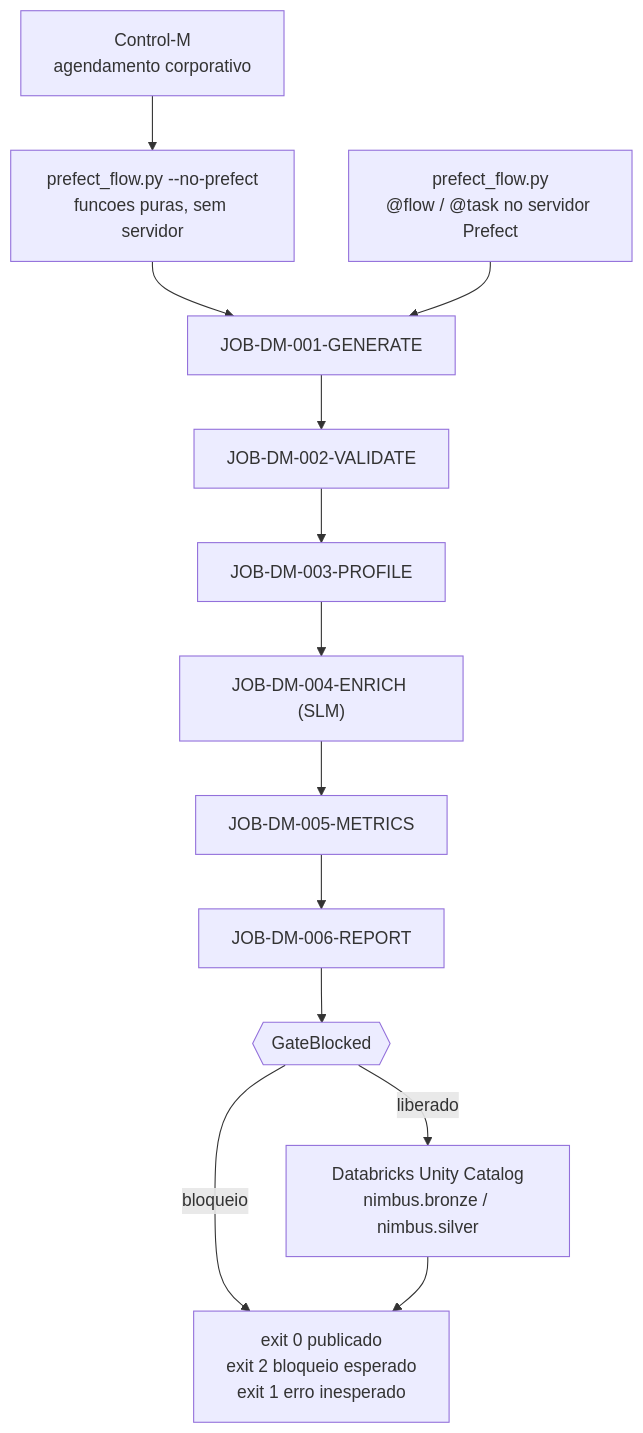
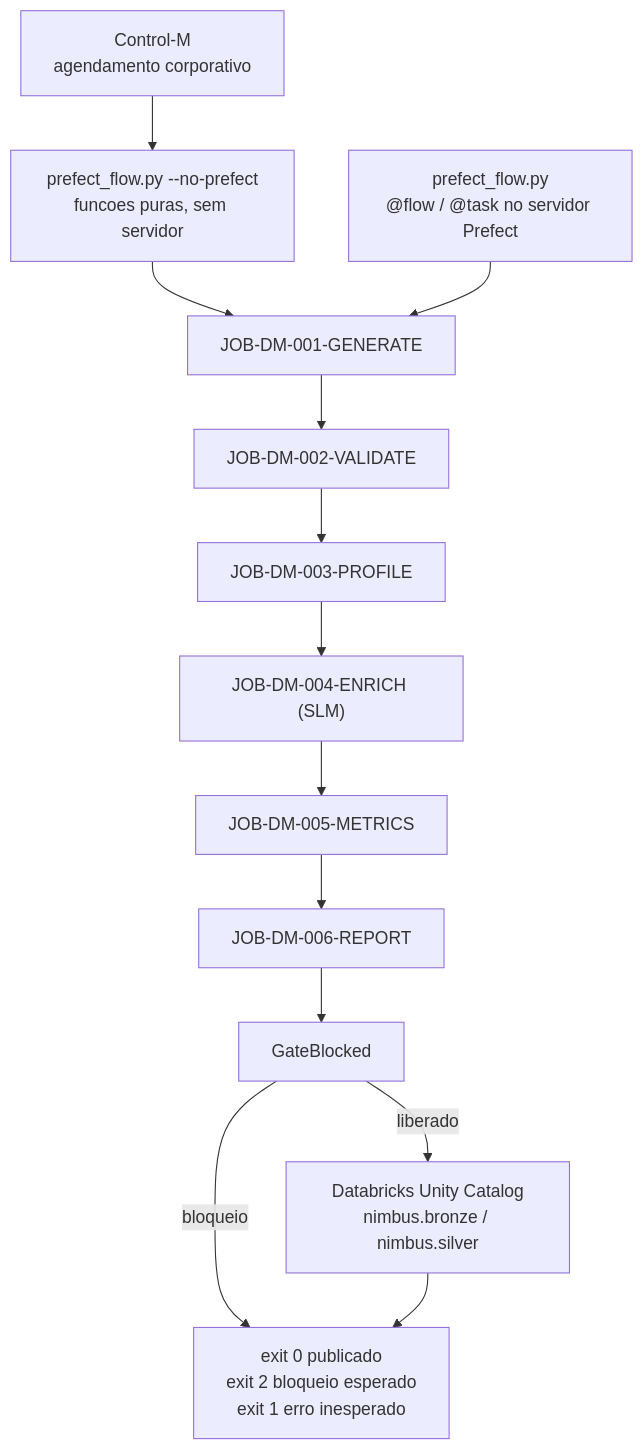
Before and after one commit to Knnovar/data-masters-nimbus: the fourth of 6 diagrams in README.md, drawn with Mermaid. The commit also changed other lines of this file and 20 other files, not shown here.

````diff
--- a/README.md
+++ b/README.md
@@ -135,21 +135,21 @@
 ```mermaid
-flowchart TD
+graph TD
     CTM["Control-M<br/>agendamento corporativo"]
     PFC["prefect_flow.py --no-prefect<br/>funcoes puras, sem servidor"]
     PFS["prefect_flow.py<br/>@flow / @task no servidor Prefect"]
     T1["JOB-DM-001-GENERATE"]
     T2["JOB-DM-002-VALIDATE"]
     T3["JOB-DM-003-PROFILE"]
     T4["JOB-DM-004-ENRICH (SLM)"]
     T5["JOB-DM-005-METRICS"]
     T6["JOB-DM-006-REPORT"]
-    GB{{"GateBlocked"}}
+    GB["GateBlocked"]
     EX["exit 0 publicado<br/>exit 2 bloqueio esperado<br/>exit 1 erro inesperado"]
     UC["Databricks Unity Catalog<br/>nimbus.bronze / nimbus.silver"]
 
     CTM --> PFC --> T1 --> T2 --> T3 --> T4 --> T5 --> T6
     PFS --> T1
     T6 --> GB
     GB -- bloqueio --> EX
     GB -- liberado --> UC --> EX
 ```
````
